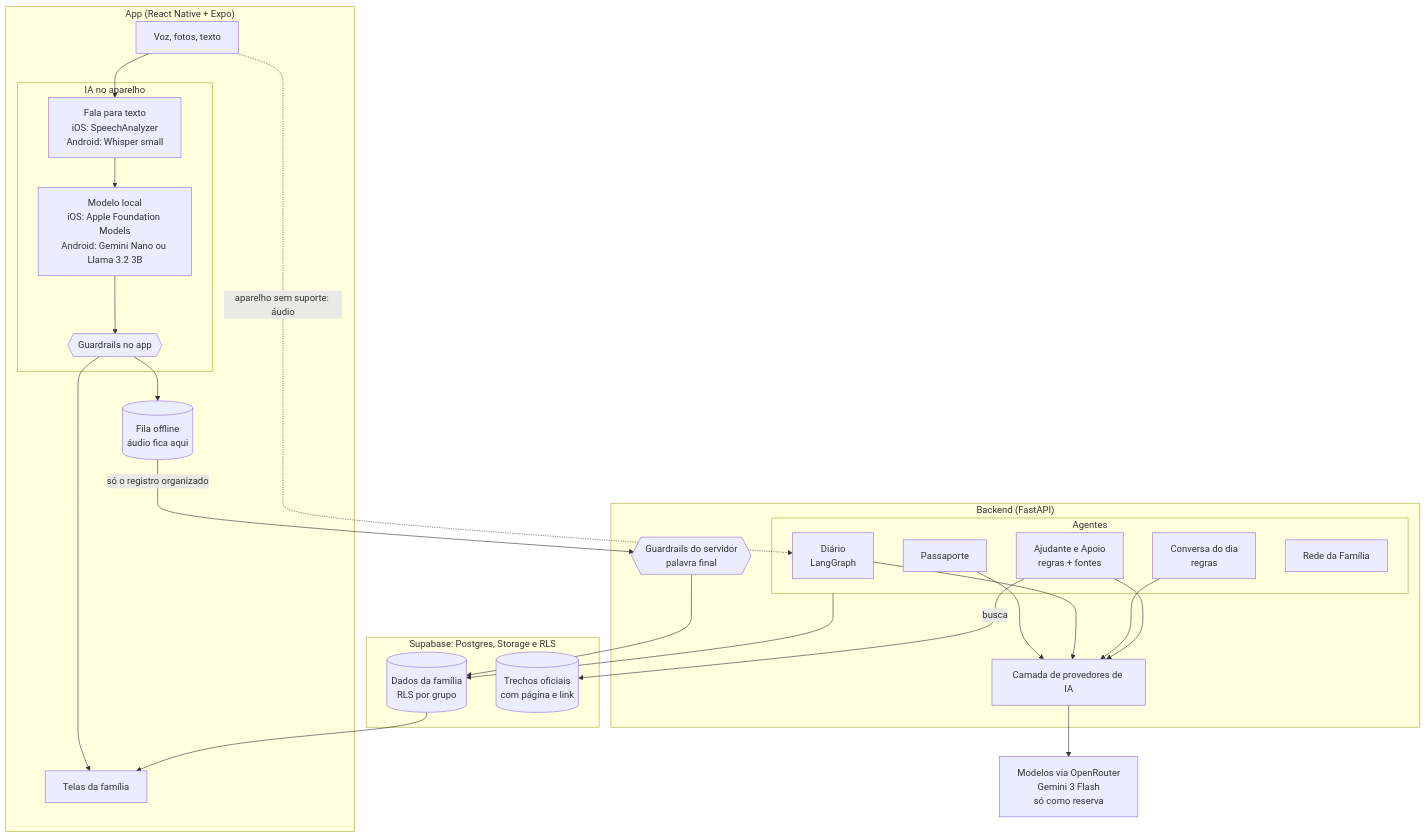
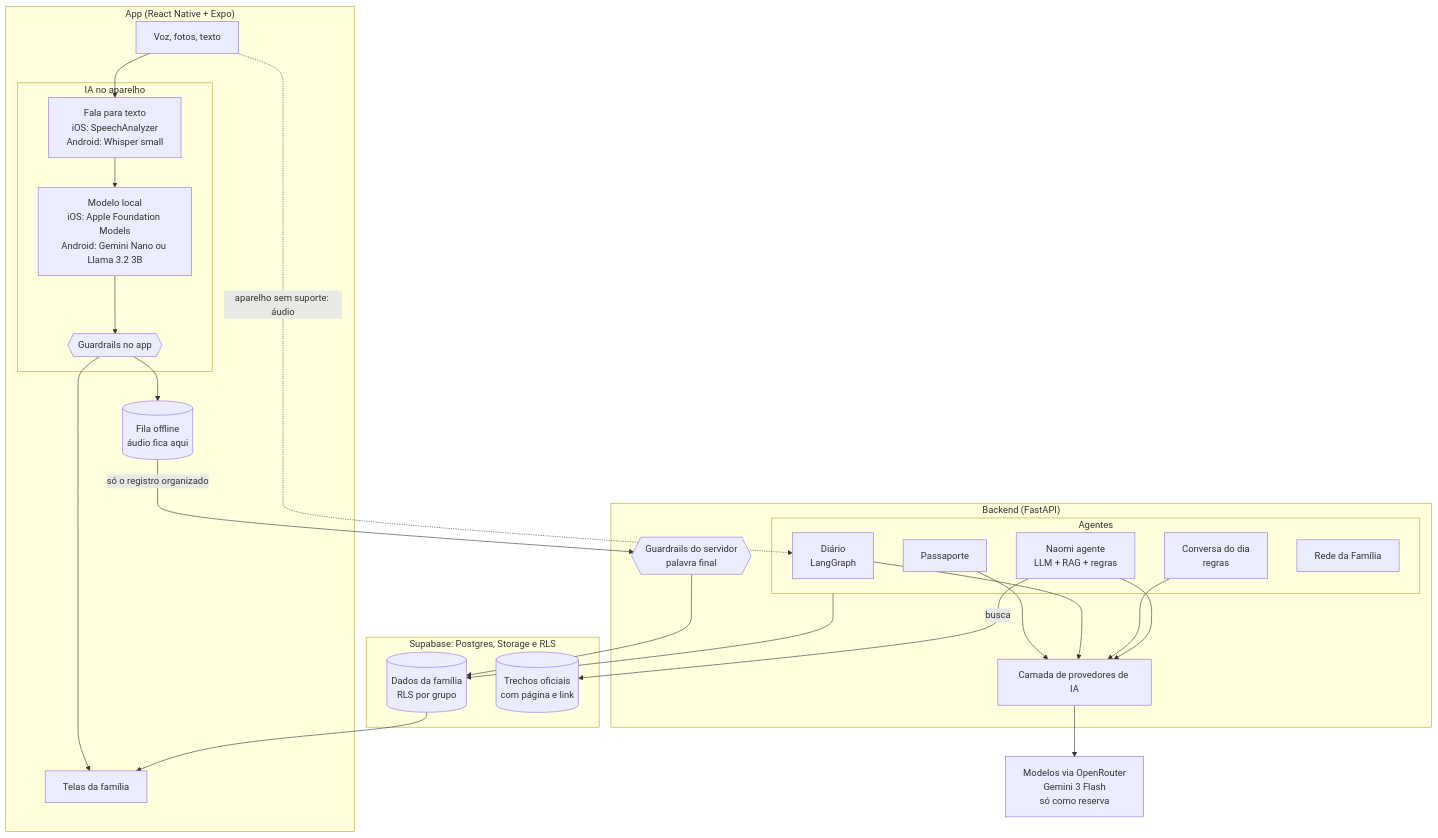
One commit to LucasArais/SempreAqui changed the diagram in README.md. Above: the diagram before and after it, drawn with Mermaid. The commit also changed other lines of this file and 34 other files, not shown here.

````diff
--- a/README.md
+++ b/README.md
@@ -184,42 +201,42 @@
 ```mermaid
 flowchart TB
     subgraph Celular["App (React Native + Expo)"]
         V[Voz, fotos, texto]
         subgraph Local["IA no aparelho"]
             ST[Fala para texto<br/>iOS: SpeechAnalyzer<br/>Android: Whisper small]
             LM[Modelo local<br/>iOS: Apple Foundation Models<br/>Android: Gemini Nano ou Llama 3.2 3B]
             GL{{Guardrails no app}}
         end
         Q[(Fila offline<br/>áudio fica aqui)]
         T[Telas da família]
     end
 
     subgraph API["Backend (FastAPI)"]
         G{{Guardrails do servidor<br/>palavra final}}
         subgraph Agentes["Agentes"]
             D[Diário<br/>LangGraph]
             P[Passaporte]
             R[Conversa do dia<br/>regras]
-            A[Ajudante e Apoio<br/>regras + fontes]
+            A[Naomi agente<br/>LLM + RAG + regras]
             RF[Rede da Família]
         end
         L[Camada de provedores de IA]
     end
 
     subgraph Dados["Supabase: Postgres, Storage e RLS"]
         F[(Dados da família<br/>RLS por grupo)]
         E[(Trechos oficiais<br/>com página e link)]
     end
 
     M[Modelos via OpenRouter<br/>Gemini 3 Flash<br/>só como reserva]
 
     V --> ST --> LM --> GL --> Q
     GL --> T
     Q -- "só o registro organizado" --> G
     V -. "aparelho sem suporte: áudio" .-> D
     P & D & R & A --> L --> M
     A -- busca --> E
     G --> F
     Agentes --> F
     F --> T
 ```
````
